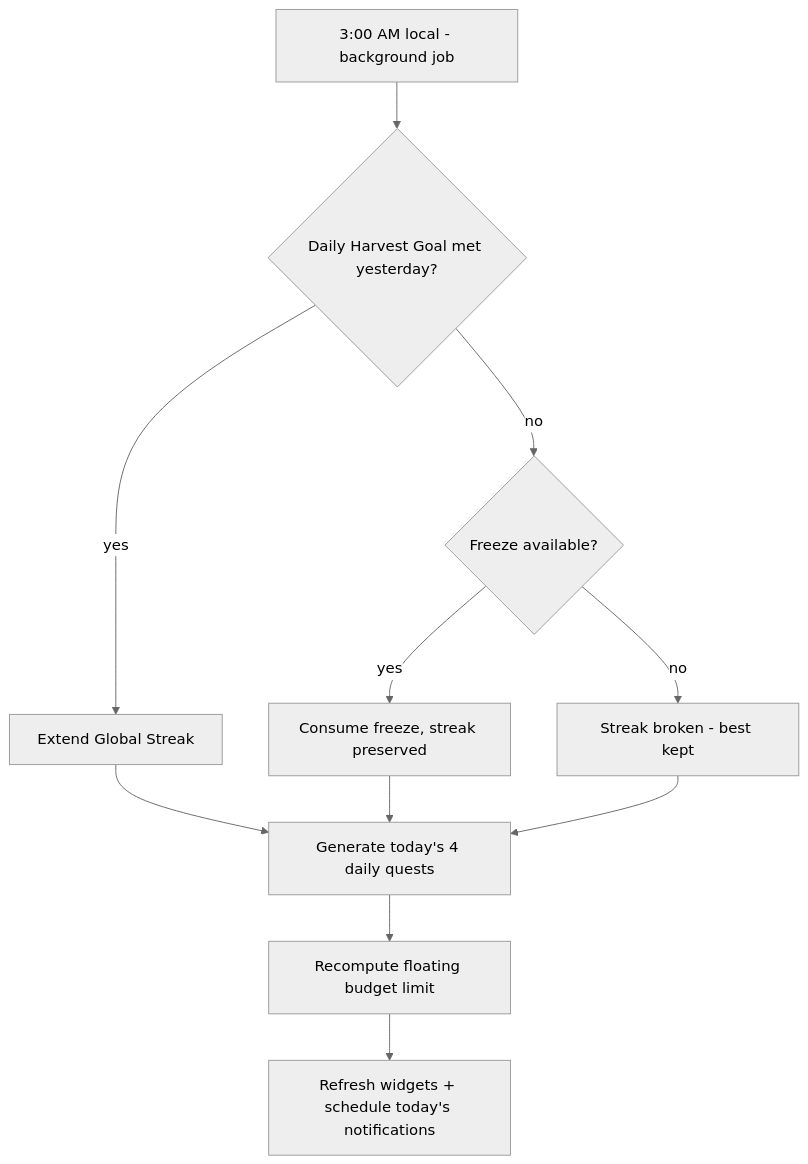
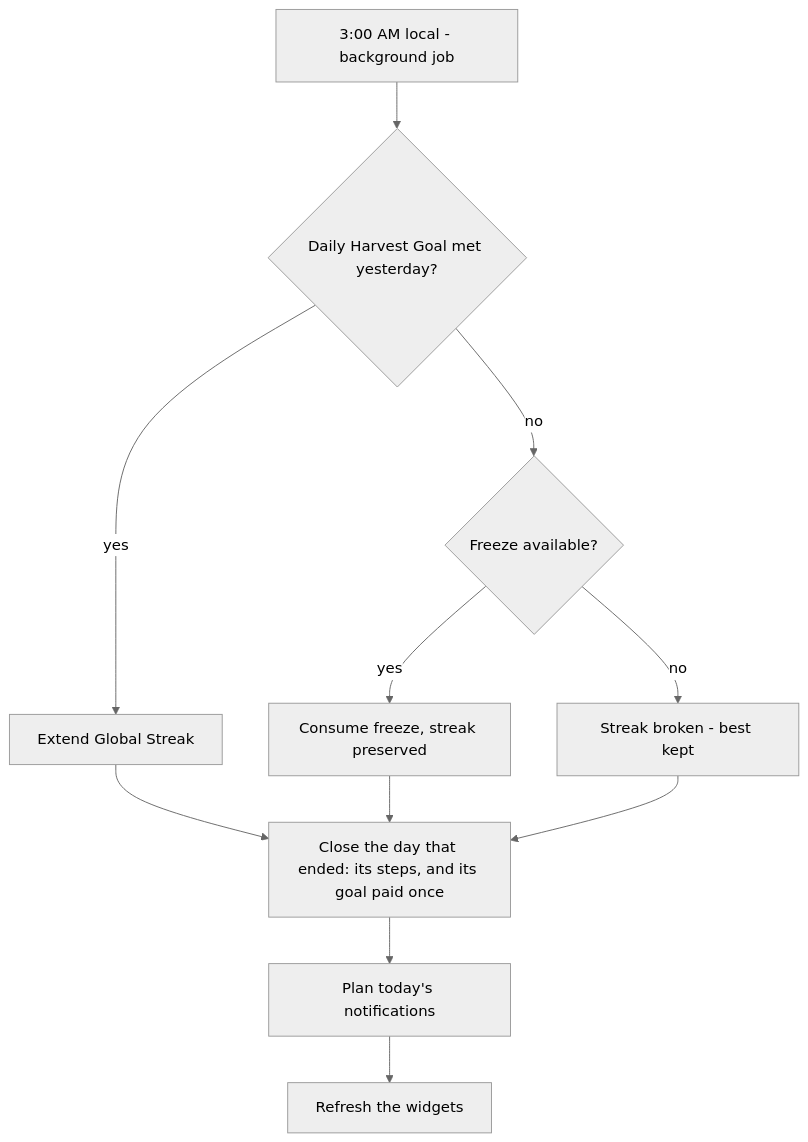
Before and after one commit to ABakdi/Harvest: the diagram in docs/01-Specification/Business-Rules.md, drawn with Mermaid (neutral theme). The commit also changed other lines of this file and 20 other files, not shown here.

````diff
--- a/docs/01-Specification/Business-Rules.md
+++ b/docs/01-Specification/Business-Rules.md
@@ -24,11 +24,11 @@
 ```mermaid
 flowchart TD
     T[3:00 AM local - background job] --> S{Daily Harvest Goal met yesterday?}
     S -- yes --> A[Extend Global Streak]
     S -- no --> F{Freeze available?}
     F -- yes --> U[Consume freeze, streak preserved]
     F -- no --> B[Streak broken - best kept]
-    A & U & B --> Q[Generate today's 4 daily quests]
-    Q --> R[Recompute floating budget limit]
-    R --> W[Refresh widgets + schedule today's notifications]
+    A & U & B --> C[Close the day that ended: its steps, and its goal paid once]
+    C --> P[Plan today's notifications]
+    P --> W[Refresh the widgets]
 ```
````
